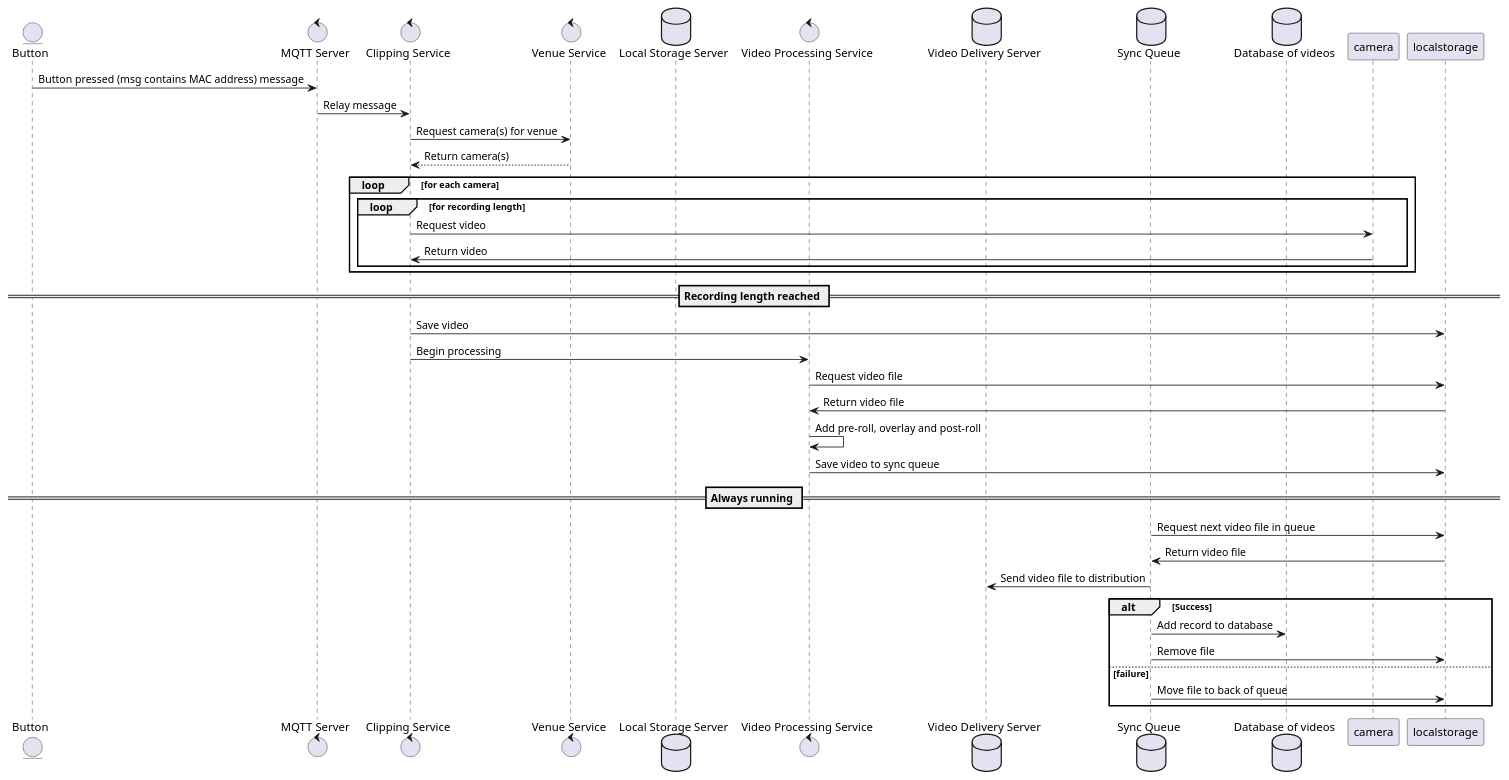
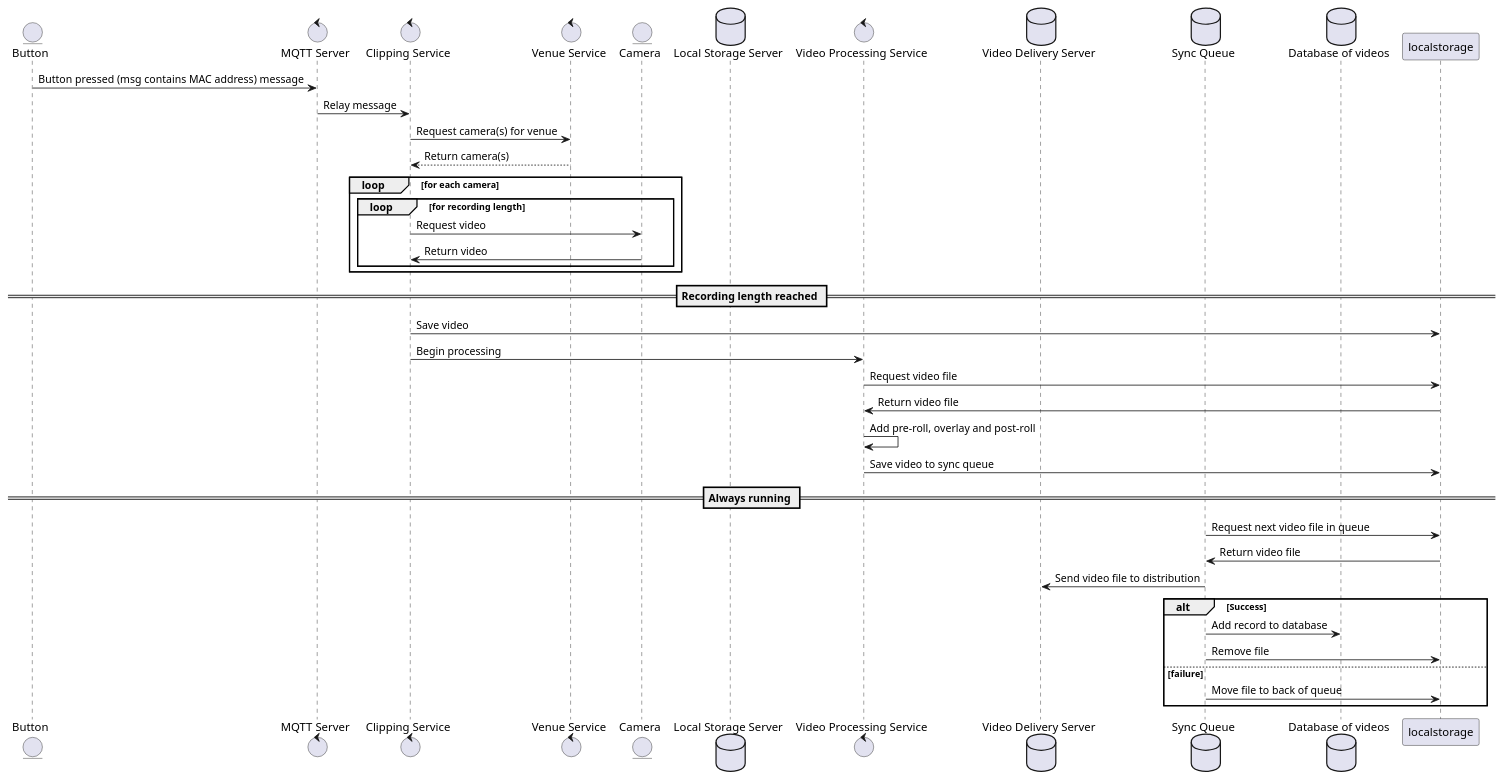
One commit to shaworth/planter changed the diagram in overview.puml. Above: the diagram before and after it, drawn with PlantUML. The commit also changed 43 other files, not shown here.

```diff
--- a/overview.puml
+++ b/overview.puml
@@ -1,44 +1,45 @@
 @startuml
 
 entity "Button" as button
 control "MQTT Server" as mqtt
 control "Clipping Service" as clipping
 control "Venue Service" as venue
+entity "Camera" as camera
 database "Local Storage Server" as localstore
 control "Video Processing Service" as postprocess
 database "Video Delivery Server" as s3
 database "Sync Queue" as sync
 database "Database of videos" as db
 
 button -> mqtt : Button pressed (msg contains MAC address) message
 mqtt -> clipping : Relay message
 clipping -> venue : Request camera(s) for venue
 venue --> clipping : Return camera(s)
 loop for each camera
     loop for recording length
         clipping -> camera: Request video
         camera -> clipping: Return video
     end
 end
 
 == Recording length reached ==
 
 clipping -> localstorage: Save video
 clipping -> postprocess: Begin processing
 postprocess -> localstorage: Request video file
 postprocess <- localstorage: Return video file
 postprocess -> postprocess: Add pre-roll, overlay and post-roll
 postprocess -> localstorage: Save video to sync queue
 
 == Always running ==
 sync -> localstorage: Request next video file in queue
 localstorage -> sync: Return video file
 sync -> s3: Send video file to distribution
 alt Success
     sync -> db: Add record to database
     sync -> localstorage: Remove file
 else failure
     sync -> localstorage: Move file to back of queue
 end
 
 @enduml
```
